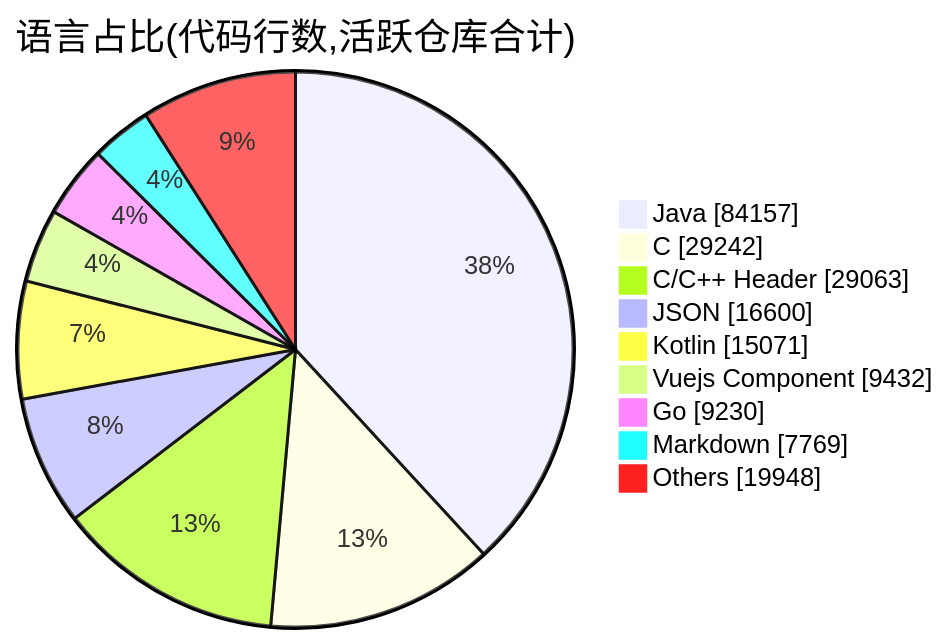
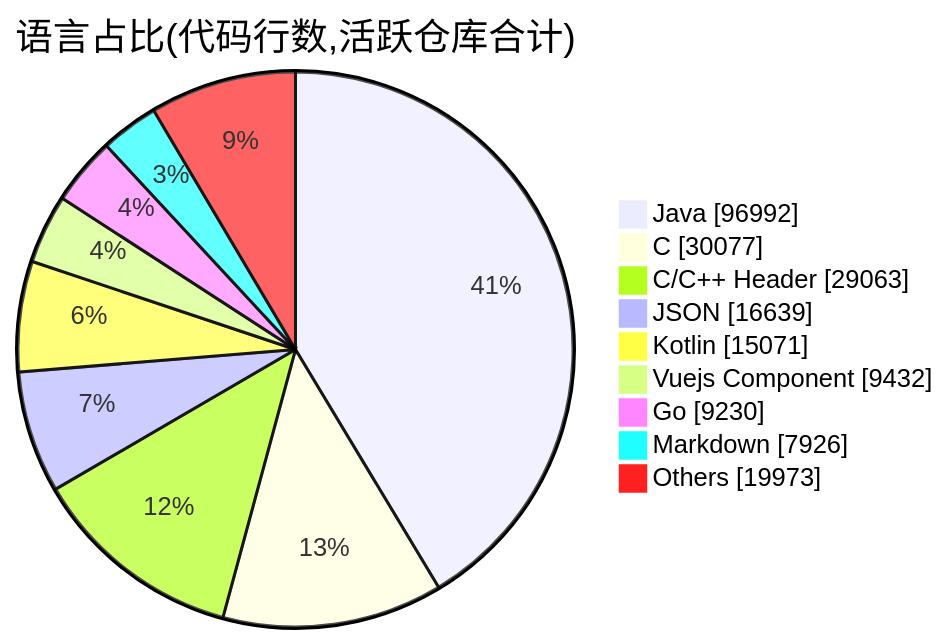
Before and after one commit to Conflux-Union/.github: the second of 2 diagrams in profile/README.md, drawn with Mermaid. The commit also changed other lines of this file and 1 other file, not shown here.

````diff
--- a/profile/README.md
+++ b/profile/README.md
@@ -77,13 +77,13 @@
 ```mermaid
 pie showData
     title 语言占比(代码行数,活跃仓库合计)
-    "Java" : 84157
-    "C" : 29242
+    "Java" : 96992
+    "C" : 30077
     "C/C++ Header" : 29063
-    "JSON" : 16600
+    "JSON" : 16639
     "Kotlin" : 15071
     "Vuejs Component" : 9432
     "Go" : 9230
-    "Markdown" : 7769
-    "Others" : 19948
+    "Markdown" : 7926
+    "Others" : 19973
 ```
````
